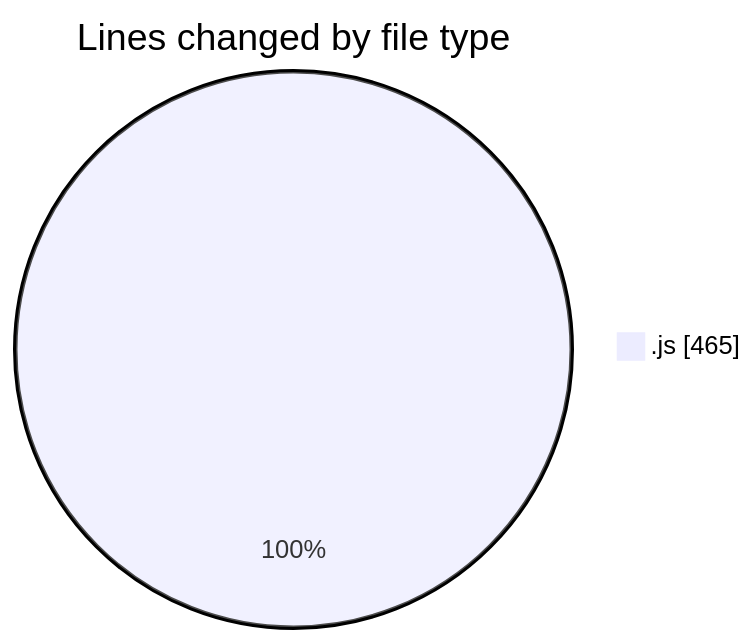
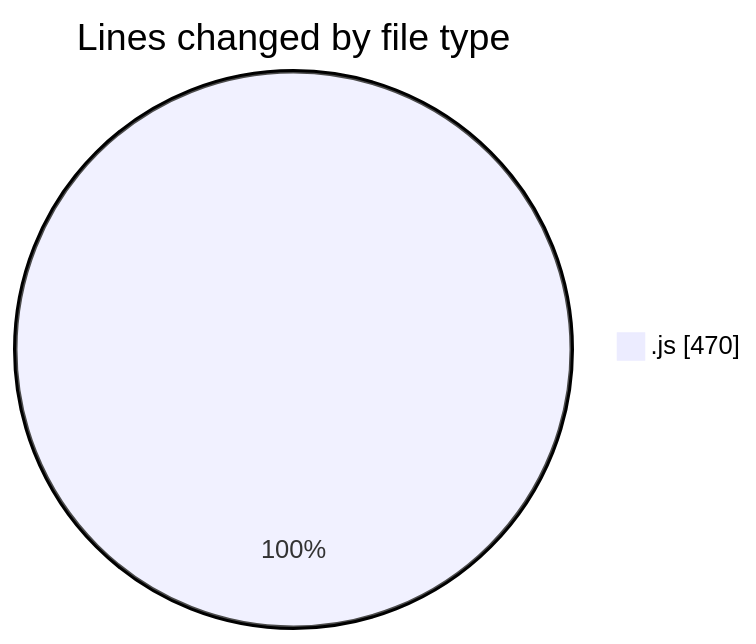
The first of 2 diagrams in 2025-02-03/cda/README.md (momahboobian/code-tracking), drawn with Mermaid before and after one commit. The commit also changed other lines of this file and 1 other file, not shown here.

````diff
--- a/2025-02-03/cda/README.md
+++ b/2025-02-03/cda/README.md
@@ -23,5 +23,5 @@
 ```mermaid
 pie showData
 title Lines changed by file type
-".js" : 465
+".js" : 470
 ```
````
